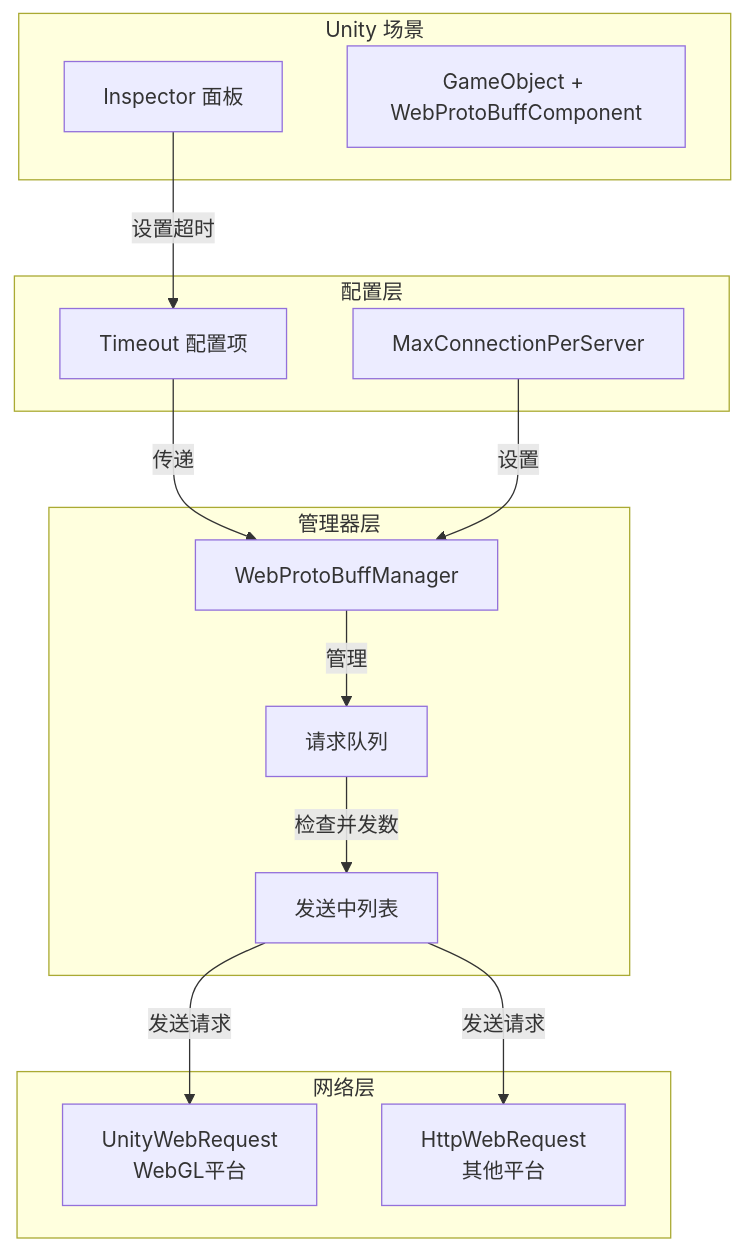
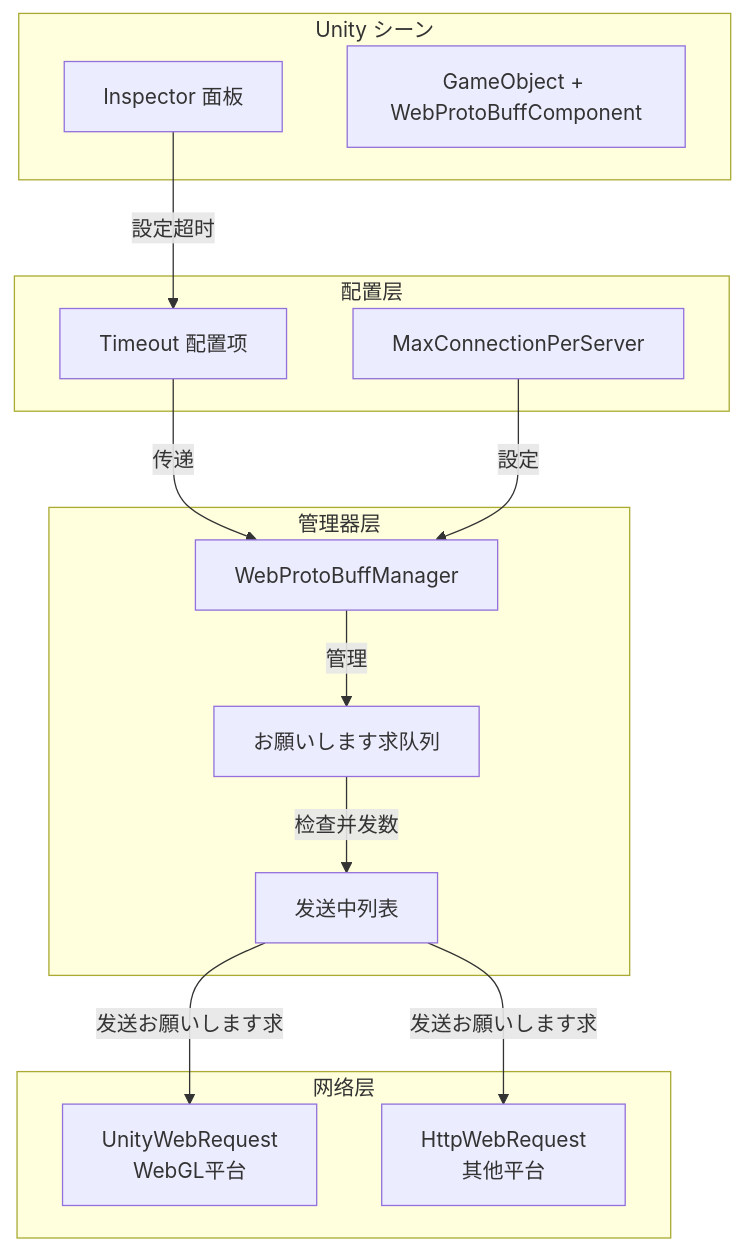
One commit to AlianBlank/GameFrameX.Docs changed the diagram in docs/ja/client/unity/component/web-protobuff/07.component-config.md. Above: the diagram before and after it, drawn with Mermaid. The commit also changed other lines of this file and 603 other files, not shown here.

````diff
--- a/docs/ja/client/unity/component/web-protobuff/07.component-config.md
+++ b/docs/ja/client/unity/component/web-protobuff/07.component-config.md
@@ -127,31 +127,31 @@
 ```mermaid
 flowchart TD
-    subgraph Unity["Unity 场景"]
+    subgraph Unity["Unity シーン"]
         Inspector[Inspector 面板]
         GameObject[GameObject + WebProtoBuffComponent]
     end
     
     subgraph Config["配置层"]
         Timeout[Timeout 配置项]
         MaxConn[MaxConnectionPerServer]
     end
     
     subgraph Manager["管理器层"]
         WebProtoBuffManager[WebProtoBuffManager]
-        RequestQueue[请求队列]
+        RequestQueue[お願いします求队列]
         SendingList[发送中列表]
     end
     
     subgraph Network["网络层"]
         WebGL[UnityWebRequest<br/>WebGL平台]
         HttpWebRequest[HttpWebRequest<br/>其他平台]
     end
     
-    Inspector -->|设置超时| Timeout
+    Inspector -->|設定超时| Timeout
     Timeout -->|传递| WebProtoBuffManager
-    MaxConn -->|设置| WebProtoBuffManager
+    MaxConn -->|設定| WebProtoBuffManager
     WebProtoBuffManager -->|管理| RequestQueue
     RequestQueue -->|检查并发数| SendingList
-    SendingList -->|发送请求| WebGL
-    SendingList -->|发送请求| HttpWebRequest
+    SendingList -->|发送お願いします求| WebGL
+    SendingList -->|发送お願いします求| HttpWebRequest
 ```
````
